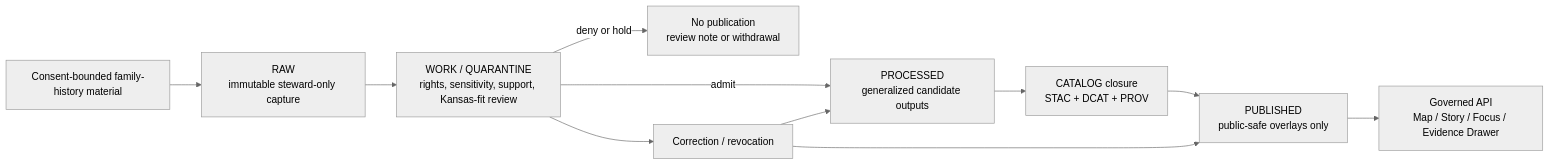
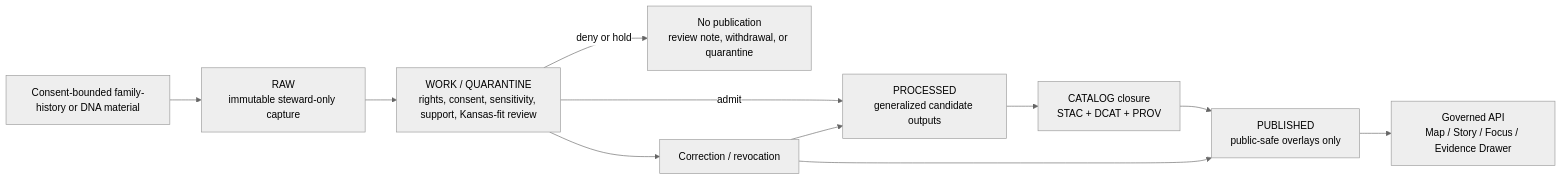
One commit to bartytime4life/Kansas-Frontier-Matrix changed the diagram in tools/ingest/genealogy/README.md. Above: the diagram before and after it, drawn with Mermaid (neutral theme). The commit also changed other lines of this file, not shown here.

````diff
--- a/tools/ingest/genealogy/README.md
+++ b/tools/ingest/genealogy/README.md
@@ -217,14 +330,14 @@
 ```mermaid
 flowchart LR
-    A[Consent-bounded family-history material] --> B[RAW<br/>immutable steward-only capture]
-    B --> C[WORK / QUARANTINE<br/>rights, sensitivity, support, Kansas-fit review]
+    A[Consent-bounded family-history or DNA material] --> B[RAW<br/>immutable steward-only capture]
+    B --> C[WORK / QUARANTINE<br/>rights, consent, sensitivity, support, Kansas-fit review]
     C -->|admit| D[PROCESSED<br/>generalized candidate outputs]
-    C -->|deny or hold| X[No publication<br/>review note or withdrawal]
+    C -->|deny or hold| X[No publication<br/>review note, withdrawal, or quarantine]
     D --> E[CATALOG closure<br/>STAC + DCAT + PROV]
     E --> F[PUBLISHED<br/>public-safe overlays only]
     F --> G[Governed API<br/>Map / Story / Focus / Evidence Drawer]
 
     C --> R[Correction / revocation]
     R --> D
     R --> F
 ```
````
